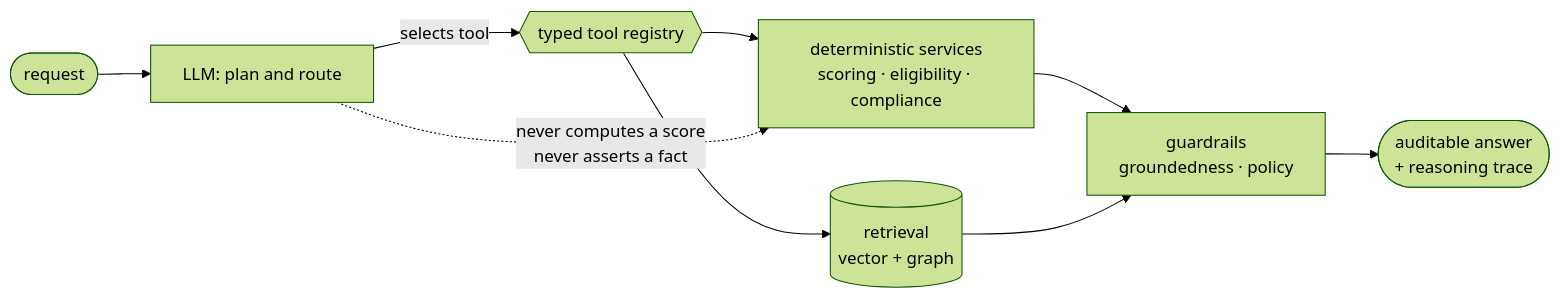
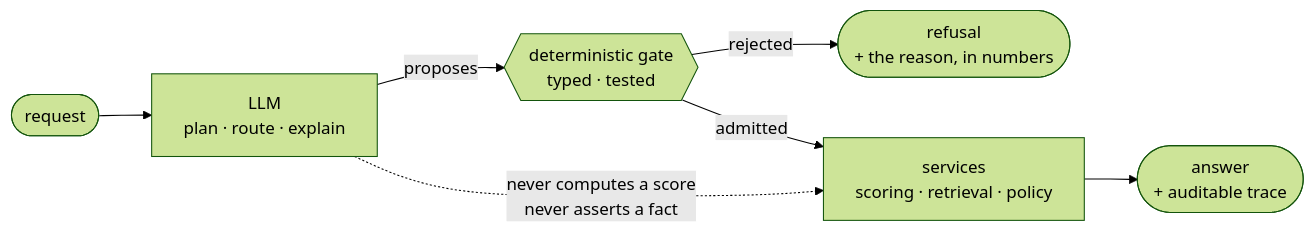
The diagram in README.md (palak178/palak178), drawn with Mermaid (forest theme) before and after one commit. The commit also changed other lines of this file, not shown here.

````diff
--- a/README.md
+++ b/README.md
@@ -12,11 +21,9 @@
 ```mermaid
 flowchart LR
-    U(["request"]) --> P["LLM: plan and route"]
-    P -->|"selects tool"| T{{"typed tool registry"}}
-    T --> D["deterministic services<br/>scoring · eligibility · compliance"]
-    T --> R[("retrieval<br/>vector + graph")]
-    D --> G["guardrails<br/>groundedness · policy"]
-    R --> G
-    G --> O(["auditable answer<br/>+ reasoning trace"])
+    U(["request"]) --> P["LLM<br/>plan · route · explain"]
+    P -->|"proposes"| G{{"deterministic gate<br/>typed · tested"}}
+    G -->|"rejected"| X(["refusal<br/>+ the reason, in numbers"])
+    G -->|"admitted"| D["services<br/>scoring · retrieval · policy"]
+    D --> O(["answer<br/>+ auditable trace"])
     P -.->|"never computes a score<br/>never asserts a fact"| D
 ```
````
